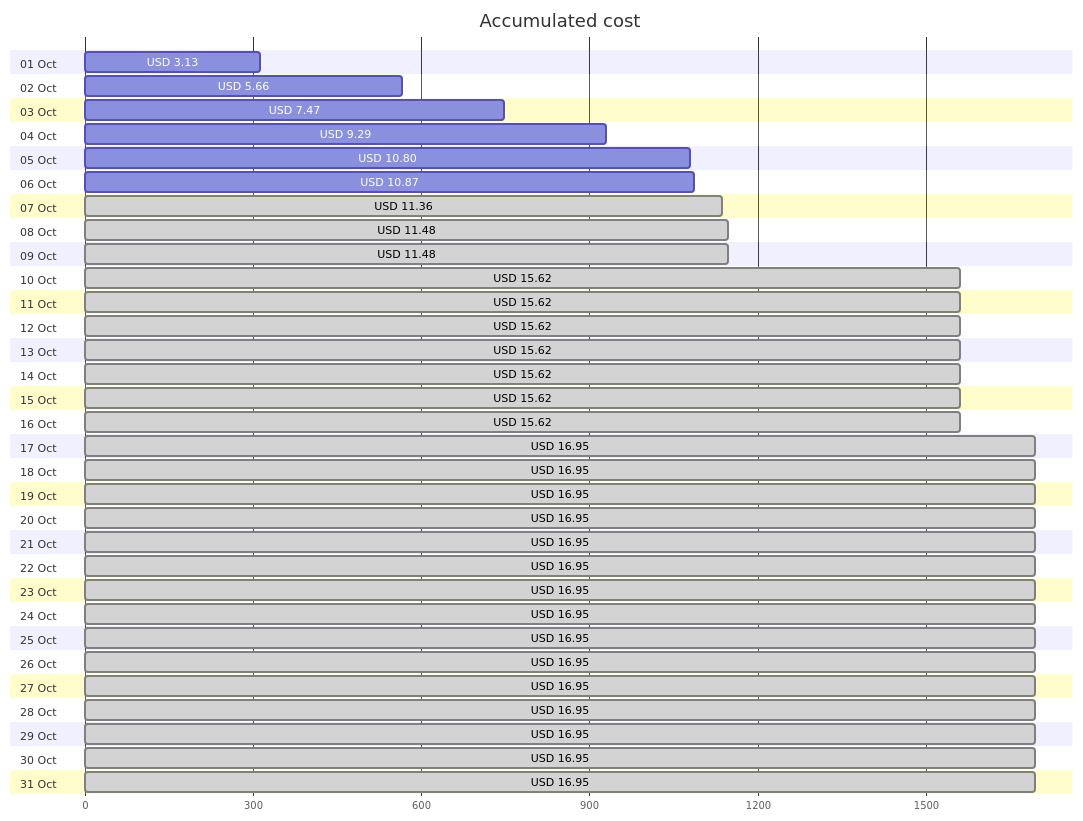
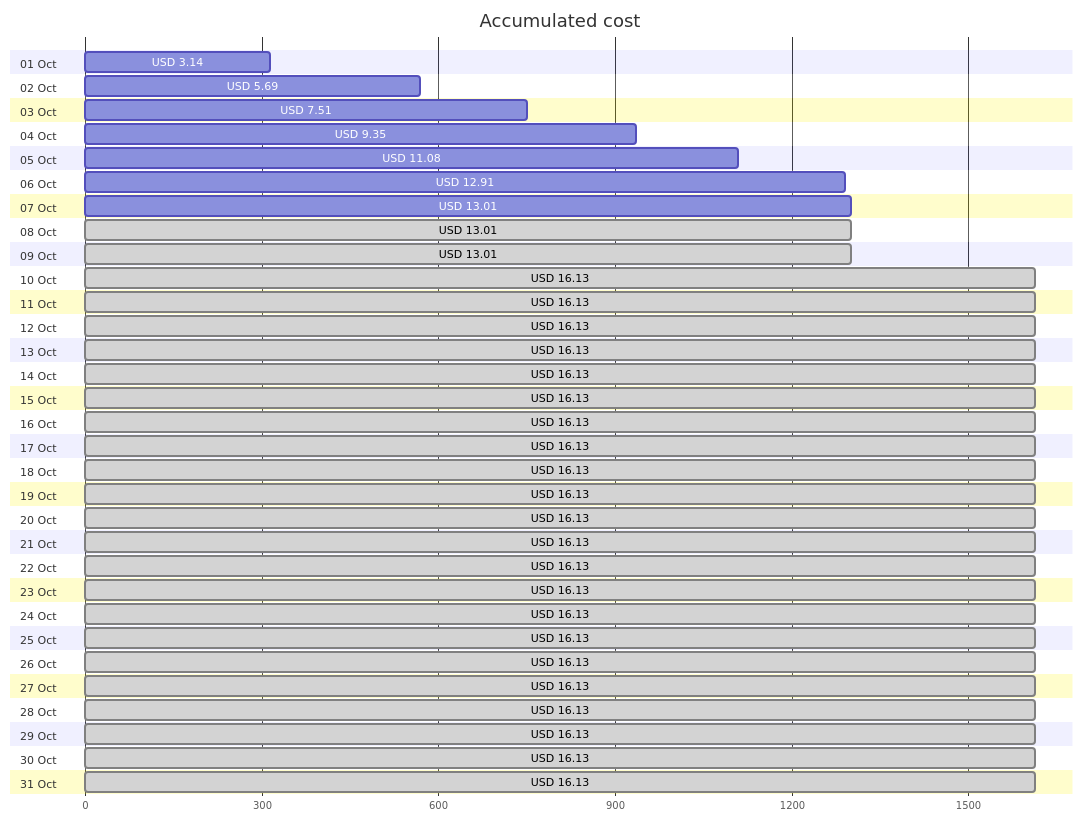
Before and after one commit to jpfulton/azure-personal-reports: the first of 4 diagrams in cost-reports/personal-network/README.md, drawn with Mermaid. The commit also changed other lines of this file and 8 other files, not shown here.

````diff
--- a/cost-reports/personal-network/README.md
+++ b/cost-reports/personal-network/README.md
@@ -20,68 +20,68 @@
 ```mermaid
 gantt
    title Accumulated cost
    dateFormat  X
    axisFormat %s
    section 01 Oct
-   USD 3.13 :0, 313
+   USD 3.14 :0, 314
    section 02 Oct
-   USD 5.66 :0, 566
+   USD 5.69 :0, 569
    section 03 Oct
-   USD 7.47 :0, 747
+   USD 7.51 :0, 751
    section 04 Oct
-   USD 9.29 :0, 929
+   USD 9.35 :0, 935
    section 05 Oct
-   USD 10.80 :0, 1080
+   USD 11.08 :0, 1108
    section 06 Oct
-   USD 10.87 :0, 1087
+   USD 12.91 :0, 1291
    section 07 Oct
-   USD 11.36 : done, 0, 1136
+   USD 13.01 :0, 1301
    section 08 Oct
-   USD 11.48 : done, 0, 1148
+   USD 13.01 : done, 0, 1301
    section 09 Oct
-   USD 11.48 : done, 0, 1148
+   USD 13.01 : done, 0, 1301
    section 10 Oct
-   USD 15.62 : done, 0, 1562
+   USD 16.13 : done, 0, 1613
    section 11 Oct
-   USD 15.62 : done, 0, 1562
+   USD 16.13 : done, 0, 1613
    section 12 Oct
-   USD 15.62 : done, 0, 1562
+   USD 16.13 : done, 0, 1613
    section 13 Oct
-   USD 15.62 : done, 0, 1562
+   USD 16.13 : done, 0, 1613
    section 14 Oct
-   USD 15.62 : done, 0, 1562
+   USD 16.13 : done, 0, 1613
    section 15 Oct
-   USD 15.62 : done, 0, 1562
+   USD 16.13 : done, 0, 1613
    section 16 Oct
-   USD 15.62 : done, 0, 1562
+   USD 16.13 : done, 0, 1613
    section 17 Oct
-   USD 16.95 : done, 0, 1695
+   USD 16.13 : done, 0, 1613
    section 18 Oct
-   USD 16.95 : done, 0, 1695
+   USD 16.13 : done, 0, 1613
    section 19 Oct
-   USD 16.95 : done, 0, 1695
+   USD 16.13 : done, 0, 1613
    section 20 Oct
-   USD 16.95 : done, 0, 1695
+   USD 16.13 : done, 0, 1613
    section 21 Oct
-   USD 16.95 : done, 0, 1695
+   USD 16.13 : done, 0, 1613
    section 22 Oct
-   USD 16.95 : done, 0, 1695
+   USD 16.13 : done, 0, 1613
    section 23 Oct
-   USD 16.95 : done, 0, 1695
+   USD 16.13 : done, 0, 1613
    section 24 Oct
-   USD 16.95 : done, 0, 1695
+   USD 16.13 : done, 0, 1613
    section 25 Oct
-   USD 16.95 : done, 0, 1695
+   USD 16.13 : done, 0, 1613
    section 26 Oct
-   USD 16.95 : done, 0, 1695
+   USD 16.13 : done, 0, 1613
    section 27 Oct
-   USD 16.95 : done, 0, 1695
+   USD 16.13 : done, 0, 1613
    section 28 Oct
-   USD 16.95 : done, 0, 1695
+   USD 16.13 : done, 0, 1613
    section 29 Oct
-   USD 16.95 : done, 0, 1695
+   USD 16.13 : done, 0, 1613
    section 30 Oct
-   USD 16.95 : done, 0, 1695
+   USD 16.13 : done, 0, 1613
    section 31 Oct
-   USD 16.95 : done, 0, 1695
+   USD 16.13 : done, 0, 1613
 ```
````
